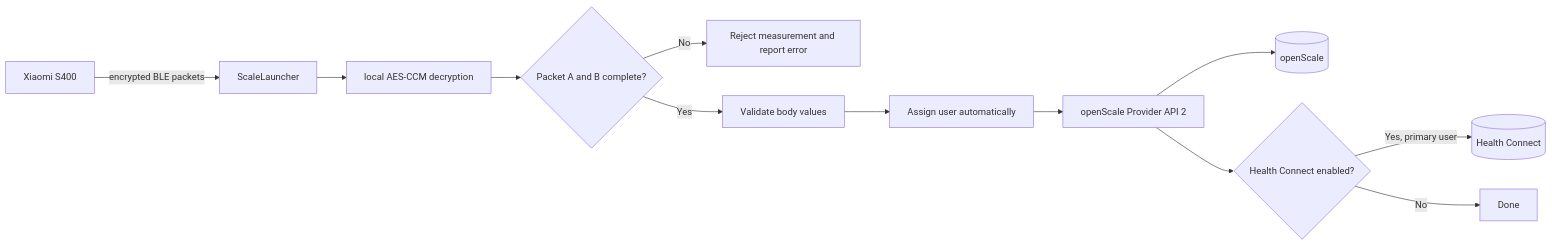
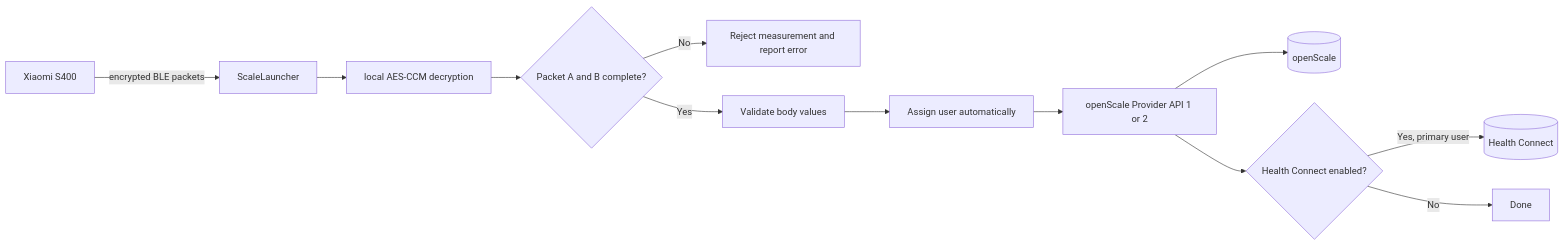
The first of 2 diagrams in README.md (1260er/ScaleLauncher), drawn with Mermaid before and after one commit. The commit also changed other lines of this file and 1 other file, not shown here.

Commit message:
Document openScale API 1 fallback

````diff
--- a/README.md
+++ b/README.md
@@ -60,14 +60,14 @@
 ```mermaid
 flowchart LR
     A[Xiaomi S400] -->|encrypted BLE packets| B[ScaleLauncher]
     B --> C[local AES-CCM decryption]
     C --> D{Packet A and B complete?}
     D -->|No| E[Reject measurement and report error]
     D -->|Yes| F[Validate body values]
     F --> G[Assign user automatically]
-    G --> H[openScale Provider API 2]
+    G --> H[openScale Provider API 1 or 2]
     H --> I[(openScale)]
     H --> J{Health Connect enabled?}
     J -->|Yes, primary user| K[(Health Connect)]
     J -->|No| L[Done]
 ```
````
